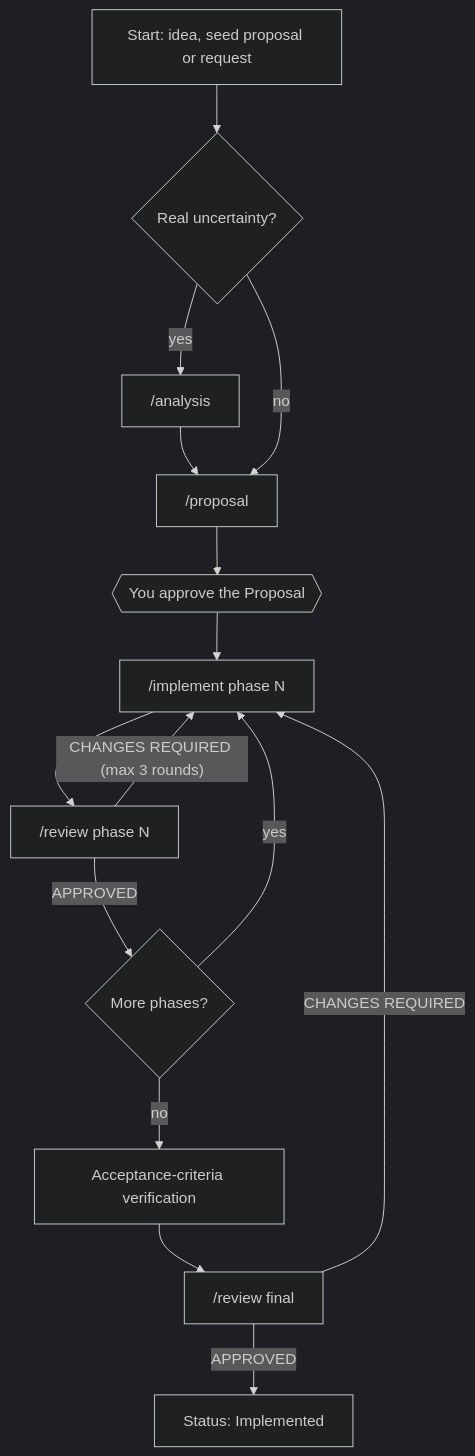
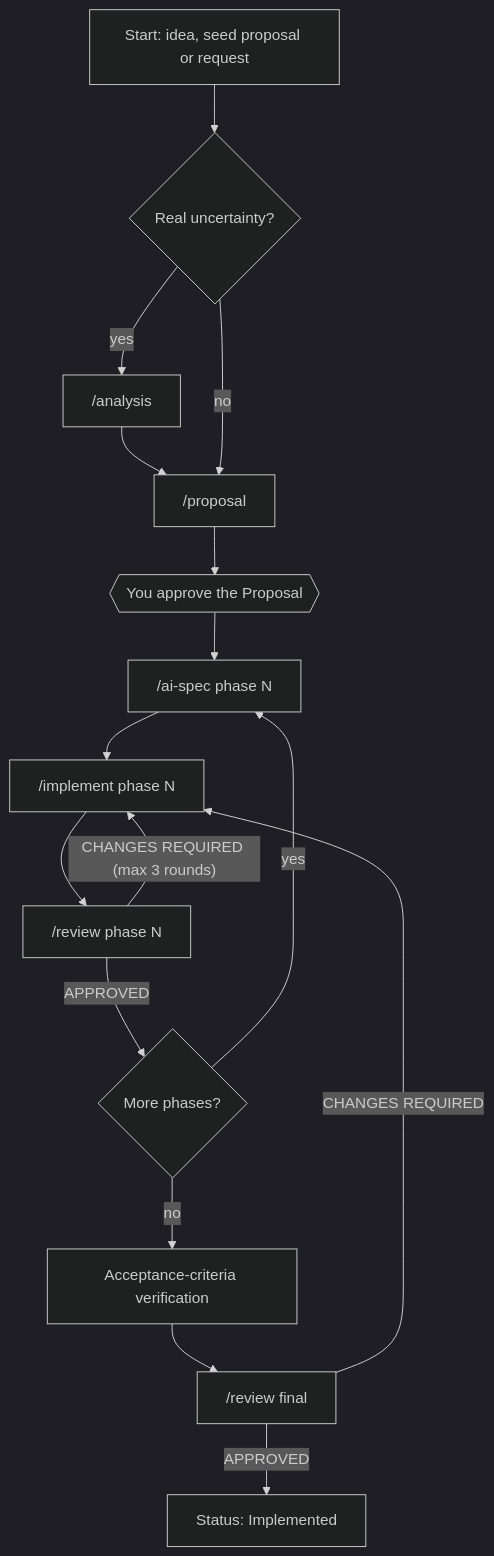
The diagram in docs/development.md (oscarks/spectionflow), drawn with Mermaid (dark theme) before and after one commit. The commit also changed other lines of this file and 9 other files, not shown here.

Commit message:
Add ai-spec skill; proposal becomes roadmap, implement/review/pipeline consume AI-SPEC; docs updated

````diff
--- a/docs/development.md
+++ b/docs/development.md
@@ -5,16 +5,17 @@
 ```mermaid
 flowchart TD
     S["Start: idea, seed proposal or request"] --> Q{"Real uncertainty?"}
     Q -->|yes| AN["/analysis"] --> PR
     Q -->|no| PR["/proposal"]
     PR --> AP{{"You approve the Proposal"}}
-    AP --> IM["/implement phase N"]
+    AP --> SP["/ai-spec phase N"]
+    SP --> IM["/implement phase N"]
     IM --> RV["/review phase N"]
     RV -->|"CHANGES REQUIRED (max 3 rounds)"| IM
     RV -->|APPROVED| MORE{"More phases?"}
-    MORE -->|yes| IM
+    MORE -->|yes| SP
     MORE -->|no| AC["Acceptance-criteria verification"]
     AC --> FR["/review final"]
     FR -->|CHANGES REQUIRED| IM
     FR -->|APPROVED| DONE["Status: Implemented"]
 ```
````
